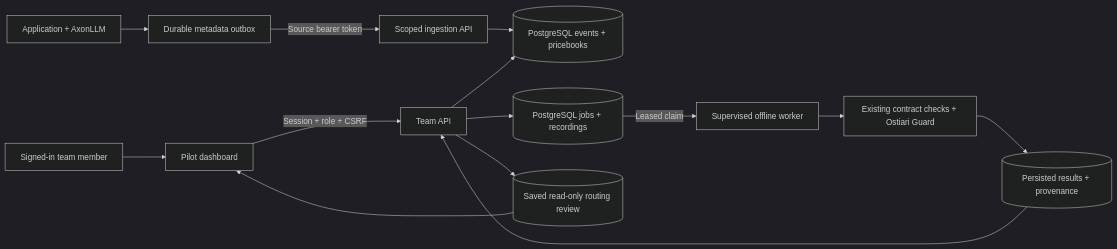
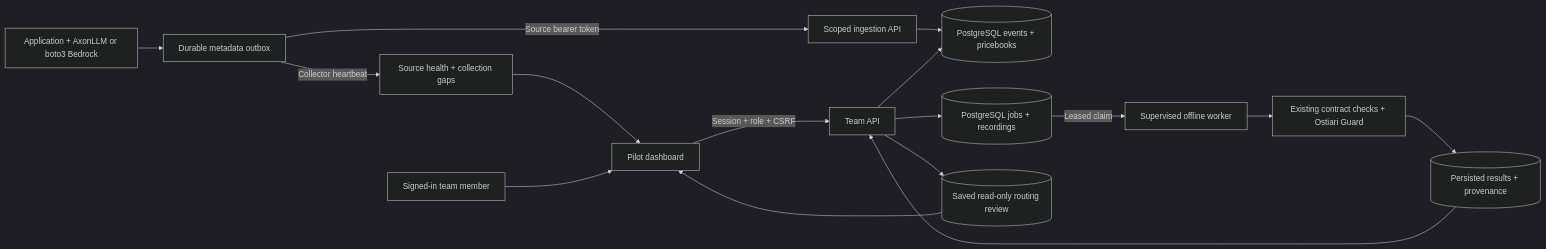
The second of 3 diagrams in docs/ARCHITECTURE.md (hk-775/ai-operations-workbench), drawn with Mermaid (dark theme) before and after one commit. The commit also changed other lines of this file and 38 other files, not shown here.

First line of the commit message:
Add Bedrock usage capture and collector health (#8)

````diff
--- a/docs/ARCHITECTURE.md
+++ b/docs/ARCHITECTURE.md
@@ -159,16 +159,18 @@
 ```mermaid
 flowchart LR
-    App["Application + AxonLLM"] --> Outbox["Durable metadata outbox"]
+    App["Application + AxonLLM or boto3 Bedrock"] --> Outbox["Durable metadata outbox"]
     Outbox -->|"Source bearer token"| Ingest["Scoped ingestion API"]
+    Outbox -->|"Collector heartbeat"| Health["Source health + collection gaps"]
+    Health --> UI
     User["Signed-in team member"] --> UI["Pilot dashboard"]
     UI -->|"Session + role + CSRF"| API["Team API"]
     Ingest --> DB[("PostgreSQL events + pricebooks")]
     API --> DB
     API --> Queue[("PostgreSQL jobs + recordings")]
     Queue -->|"Leased claim"| Worker["Supervised offline worker"]
     Worker --> Guard["Existing contract checks + Ostiari Guard"]
     Guard --> Results[("Persisted results + provenance")]
     Results --> API
     API --> Review[("Saved read-only routing review")]
     Review --> UI
 ```
````
